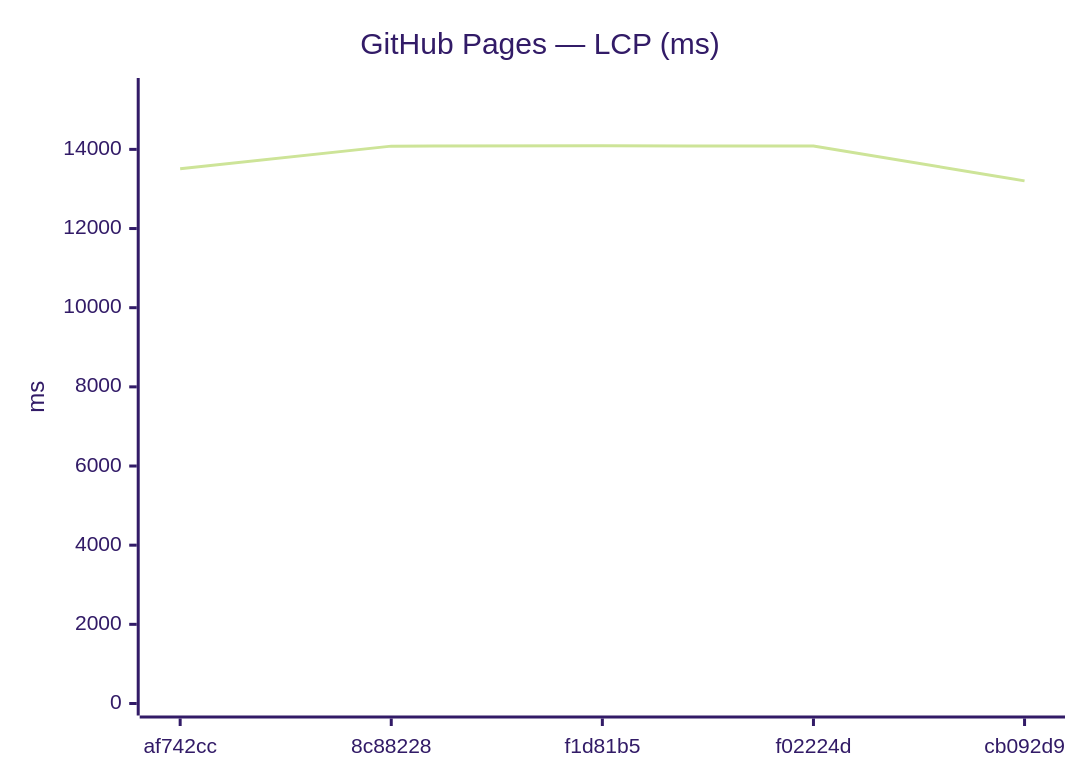
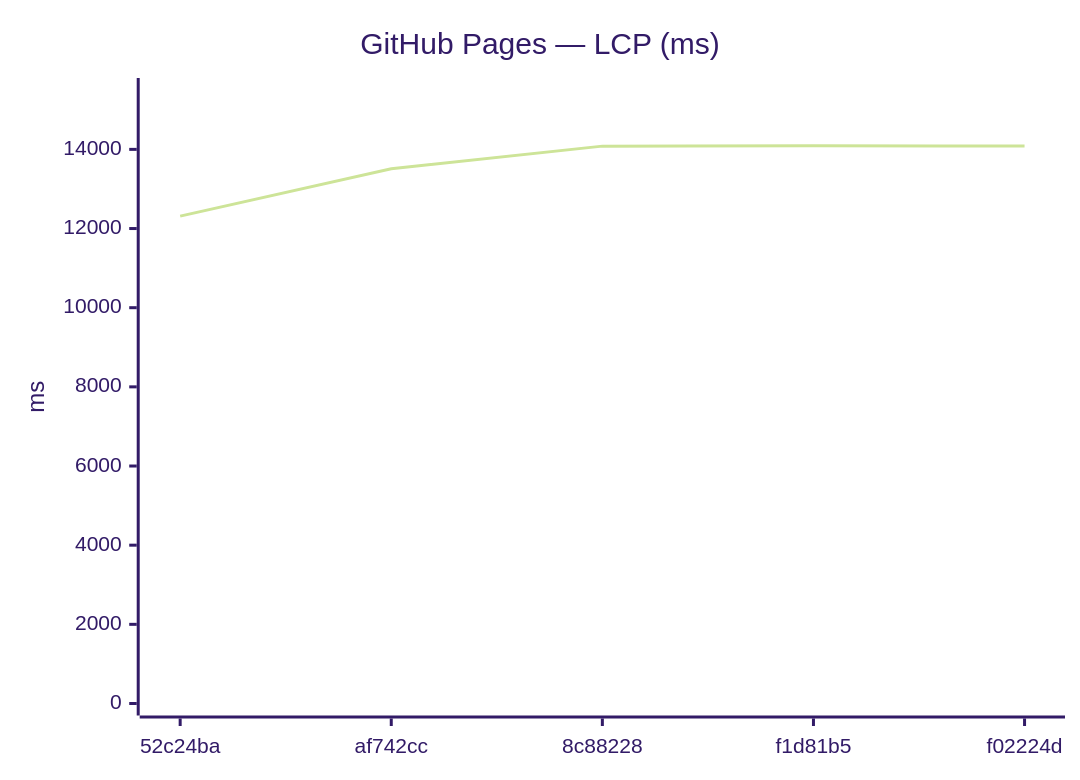
One commit to Metaheurist/Rianell changed the ninth of 18 diagrams in benchmarks/compare.md. Above: the diagram before and after it, drawn with Mermaid (forest theme). The commit also changed other lines of this file and 11 other files, not shown here.

````diff
--- a/benchmarks/compare.md
+++ b/benchmarks/compare.md
@@ -142,7 +142,7 @@
 ```mermaid
 xychart-beta
     title "GitHub Pages — LCP (ms)"
-    x-axis ["af742cc", "8c88228", "f1d81b5", "f02224d", "cb092d9"]
+    x-axis ["52c24ba", "af742cc", "8c88228", "f1d81b5", "f02224d"]
     y-axis "ms" 0 --> 15500
-    line [13510, 14082, 14090, 14084, 13204]
+    line [12313, 13510, 14082, 14090, 14084]
 ```
````
